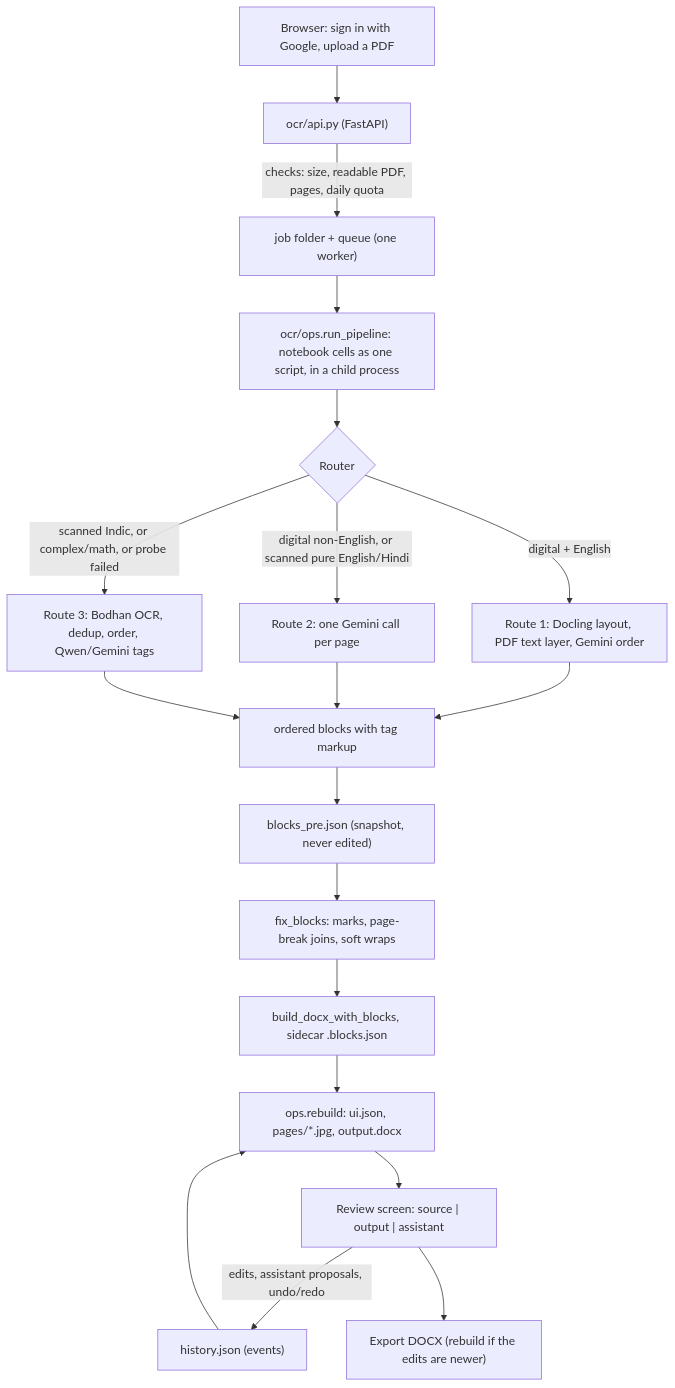
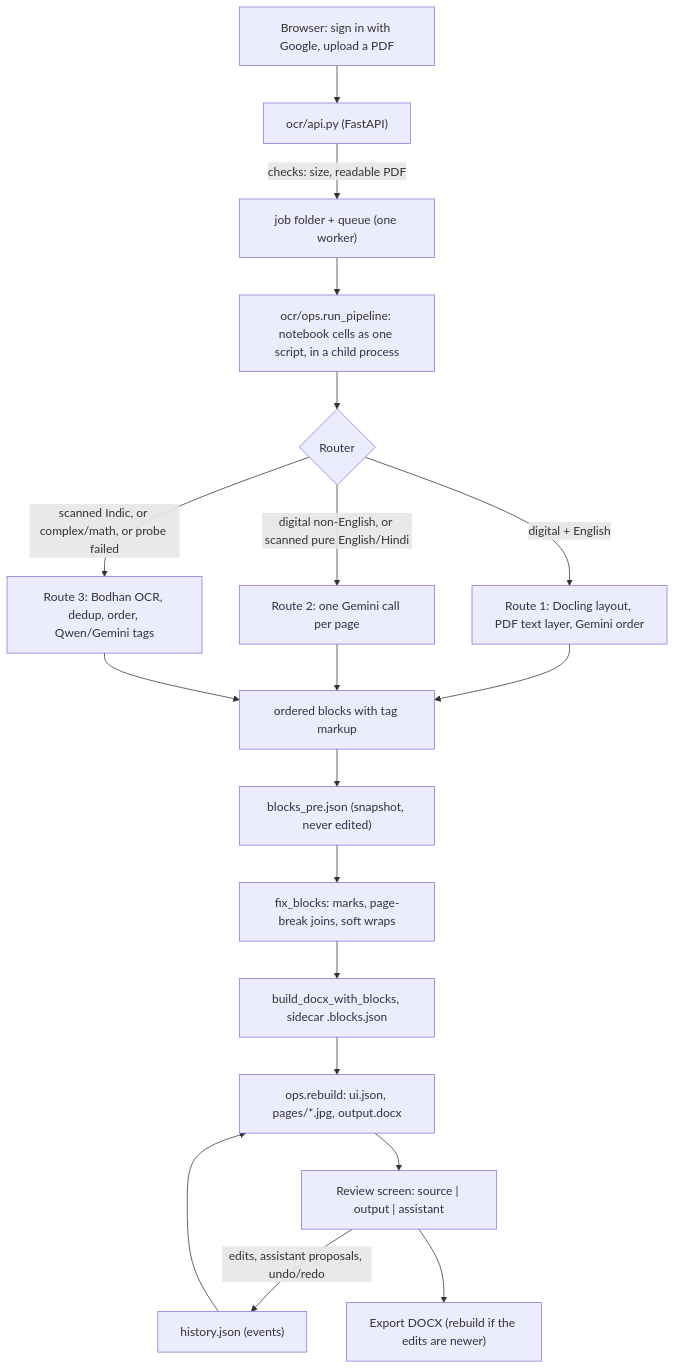
The diagram in methodology.md (harshavardhan784/DA7016), drawn with Mermaid before and after one commit. The commit also changed other lines of this file and 166 other files, not shown here.

````diff
--- a/methodology.md
+++ b/methodology.md
@@ -11,21 +11,21 @@
 ```mermaid
 flowchart TD
     U["Browser: sign in with Google, upload a PDF"] --> API["ocr/api.py (FastAPI)"]
-    API -->|"checks: size, readable PDF, pages, daily quota"| Q["job folder + queue (one worker)"]
+    API -->|"checks: size, readable PDF"| Q["job folder + queue (one worker)"]
     Q --> RUN["ocr/ops.run_pipeline: notebook cells as one script, in a child process"]
     RUN --> R{"Router"}
     R -->|"digital + English"| R1["Route 1: Docling layout, PDF text layer, Gemini order"]
     R -->|"digital non-English, or scanned pure English/Hindi"| R2["Route 2: one Gemini call per page"]
     R -->|"scanned Indic, or complex/math, or probe failed"| R3["Route 3: Bodhan OCR, dedup, order, Qwen/Gemini tags"]
     R1 --> B["ordered blocks with tag markup"]
     R2 --> B
     R3 --> B
     B --> SNAP["blocks_pre.json (snapshot, never edited)"]
     SNAP --> FIX["fix_blocks: marks, page-break joins, soft wraps"]
     FIX --> DOCX["build_docx_with_blocks, sidecar .blocks.json"]
     DOCX --> REB["ops.rebuild: ui.json, pages/*.jpg, output.docx"]
     REB --> UI["Review screen: source | output | assistant"]
     UI -->|"edits, assistant proposals, undo/redo"| HIST["history.json (events)"]
     HIST --> REB
     UI --> EXP["Export DOCX (rebuild if the edits are newer)"]
 ```
````
